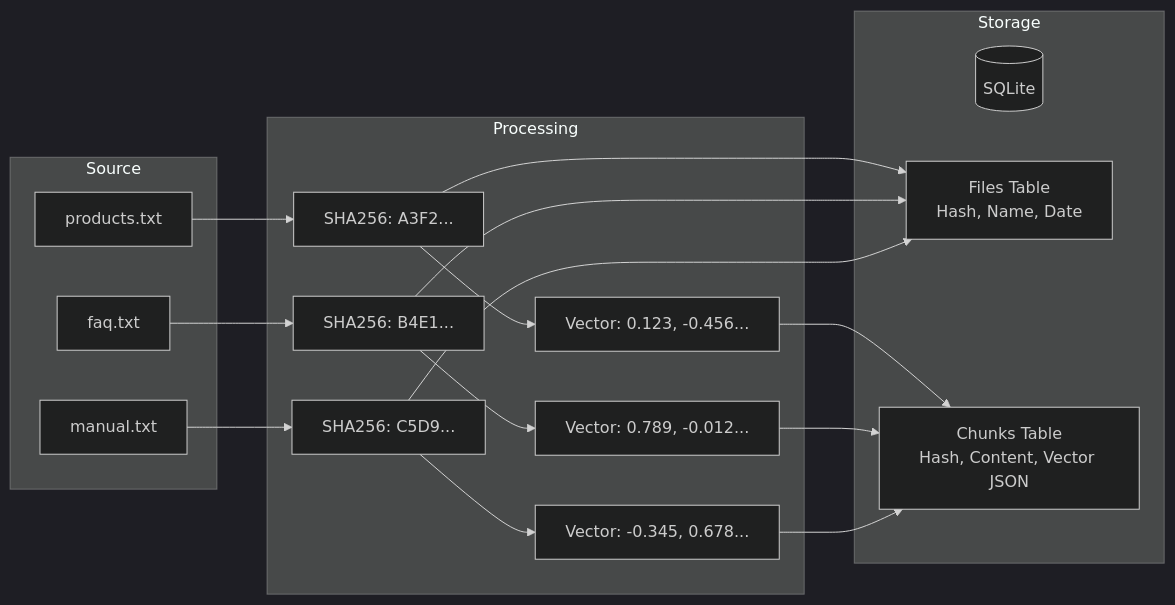
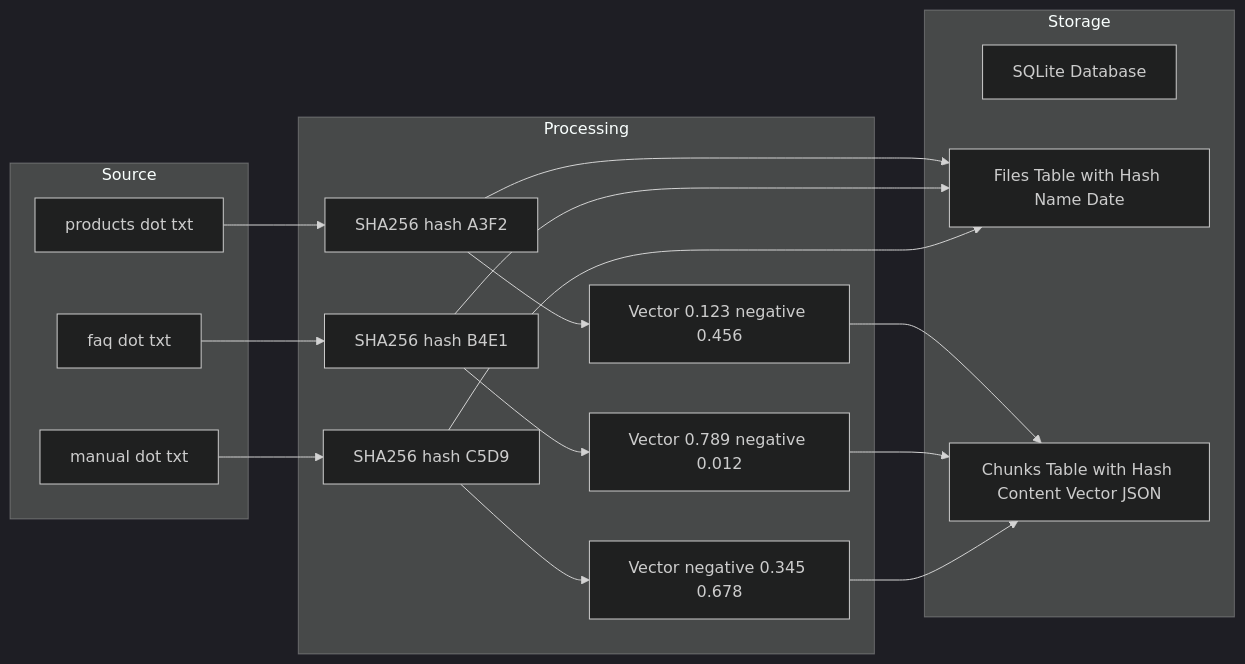
Before and after one commit to andikatjacobdennis/Local-RAG-With-OllamaSharp: the sixth of 11 diagrams in doc/Technical Architecture Document.md, drawn with Mermaid (dark theme). The commit also changed other lines of this file, not shown here.

````diff
--- a/doc/Technical Architecture Document.md
+++ b/doc/Technical Architecture Document.md
@@ -351,32 +354,32 @@
 ```mermaid
 flowchart LR
     subgraph Source
-        F1[products.txt]
-        F2[faq.txt]
-        F3[manual.txt]
+        F1[products dot txt]
+        F2[faq dot txt]
+        F3[manual dot txt]
     end
     
     subgraph Processing
-        H1[SHA256: A3F2...]
-        H2[SHA256: B4E1...]
-        H3[SHA256: C5D9...]
+        H1[SHA256 hash A3F2]
+        H2[SHA256 hash B4E1]
+        H3[SHA256 hash C5D9]
         
-        V1[Vector: 0.123, -0.456...]
-        V2[Vector: 0.789, -0.012...]
-        V3[Vector: -0.345, 0.678...]
+        V1[Vector 0.123 negative 0.456]
+        V2[Vector 0.789 negative 0.012]
+        V3[Vector negative 0.345 0.678]
     end
     
     subgraph Storage
-        DB[(SQLite)]
-        FT[Files Table<br/>Hash, Name, Date]
-        CT[Chunks Table<br/>Hash, Content, Vector JSON]
+        DB[SQLite Database]
+        FT[Files Table with Hash Name Date]
+        CT[Chunks Table with Hash Content Vector JSON]
     end
     
     F1 --> H1 --> V1 --> CT
     F2 --> H2 --> V2 --> CT
     F3 --> H3 --> V3 --> CT
     
     H1 --> FT
     H2 --> FT
     H3 --> FT
 ```
````
